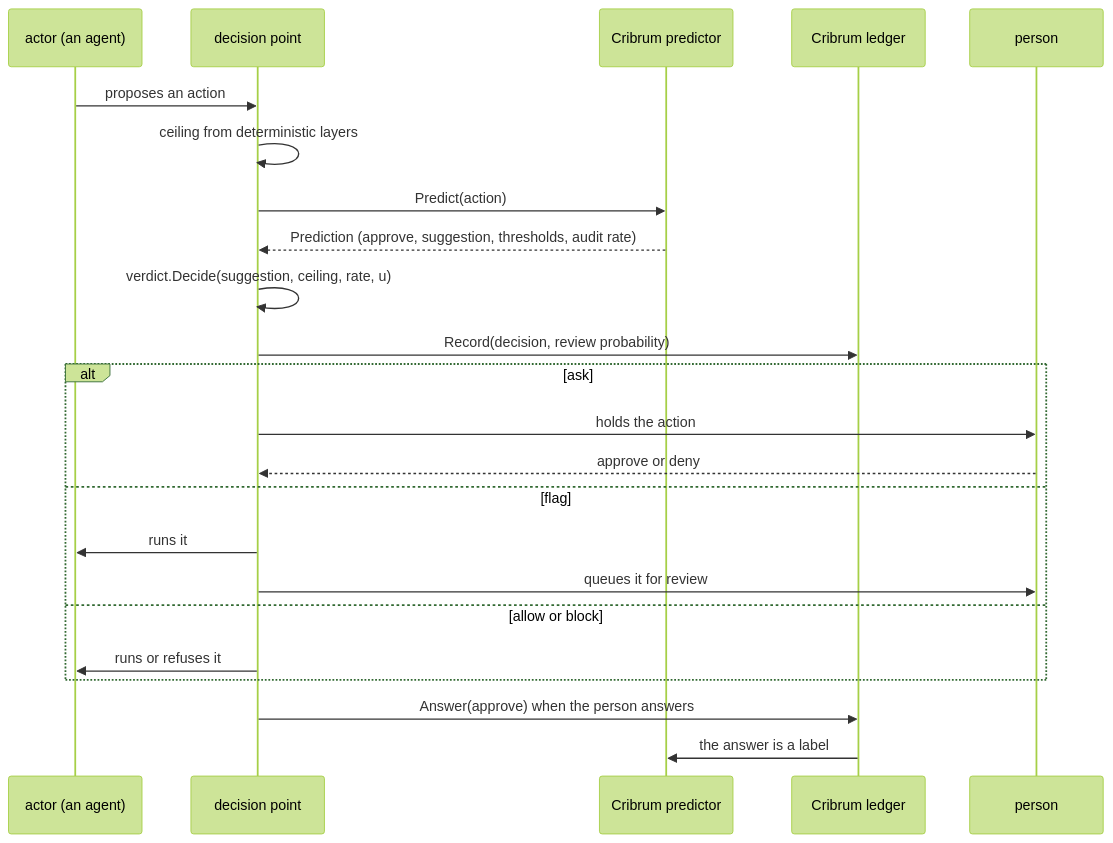
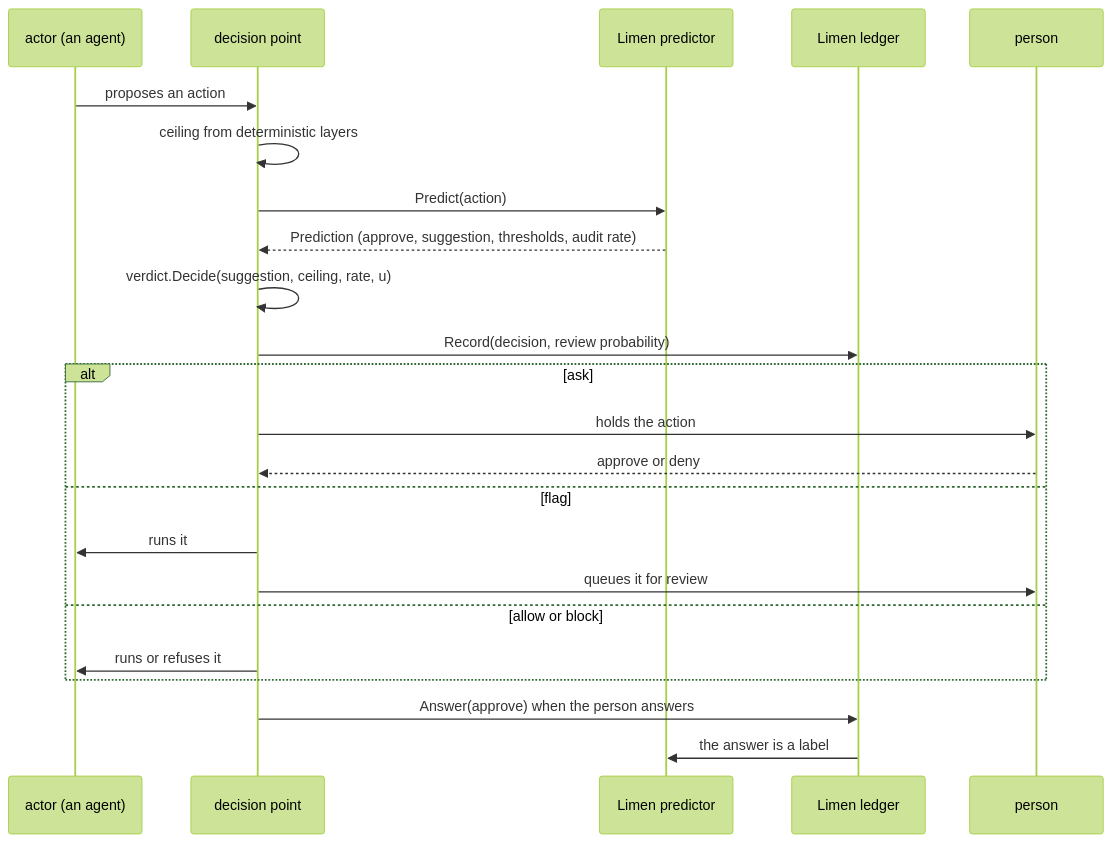
The diagram in specs/001-architecture.md (latere-ai/limen), drawn with Mermaid (forest theme) before and after one commit. The commit also changed other lines of this file and 83 other files, not shown here.

````diff
--- a/specs/001-architecture.md
+++ b/specs/001-architecture.md
@@ -68,25 +68,25 @@
 ```mermaid
 sequenceDiagram
   participant A as actor (an agent)
   participant D as decision point
-  participant P as Cribrum predictor
-  participant L as Cribrum ledger
+  participant P as Limen predictor
+  participant L as Limen ledger
   participant H as person
   A->>D: proposes an action
   D->>D: ceiling from deterministic layers
   D->>P: Predict(action)
   P-->>D: Prediction (approve, suggestion, thresholds, audit rate)
   D->>D: verdict.Decide(suggestion, ceiling, rate, u)
   D->>L: Record(decision, review probability)
   alt ask
     D->>H: holds the action
     H-->>D: approve or deny
   else flag
     D->>A: runs it
     D->>H: queues it for review
   else allow or block
     D->>A: runs or refuses it
   end
   D->>L: Answer(approve) when the person answers
   L->>P: the answer is a label
 ```
````
